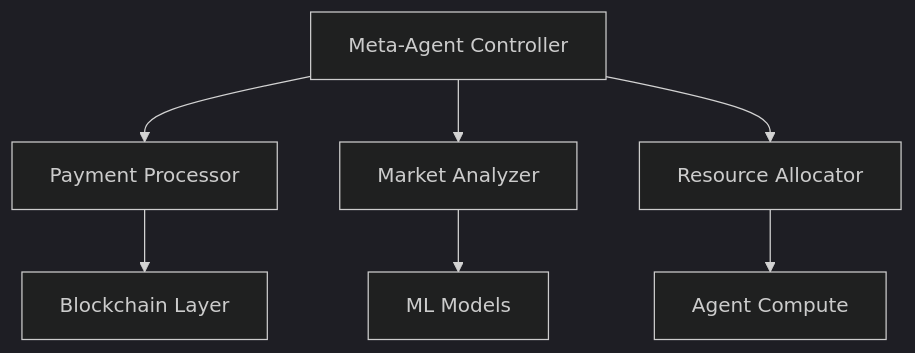
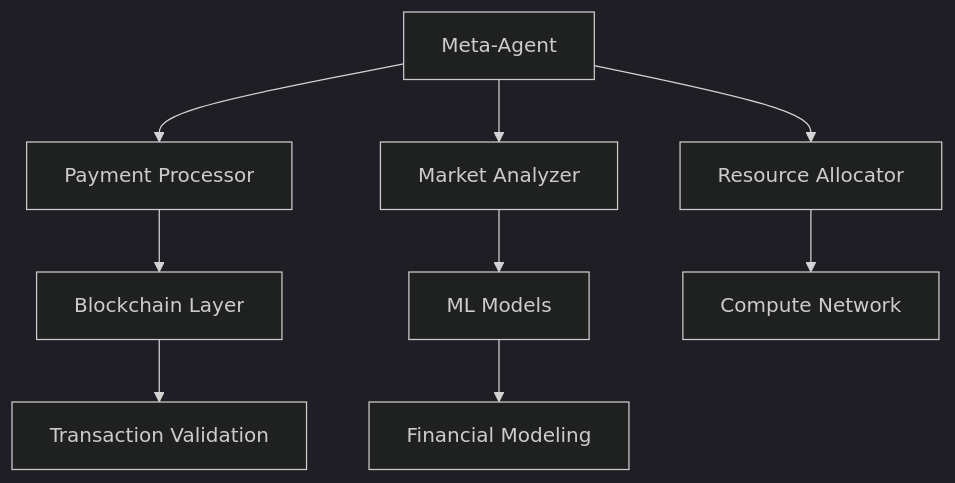
Before and after one commit to azank1/azank1: the second of 2 diagrams in README.md, drawn with Mermaid (dark theme). The commit also changed other lines of this file, not shown here.

````diff
--- a/README.md
+++ b/README.md
@@ -118,9 +129,11 @@
 ```mermaid
 graph TD
-    A[Meta-Agent Controller] --> B[Payment Processor]
+    A[Meta-Agent] --> B[Payment Processor]
     A --> C[Market Analyzer]
     A --> D[Resource Allocator]
     B --> E[Blockchain Layer]
     C --> F[ML Models]
-    D --> G[Agent Compute]
+    D --> G[Compute Network]
+    E --> H[Transaction Validation]
+    F --> I[Financial Modeling]
 ```
````
